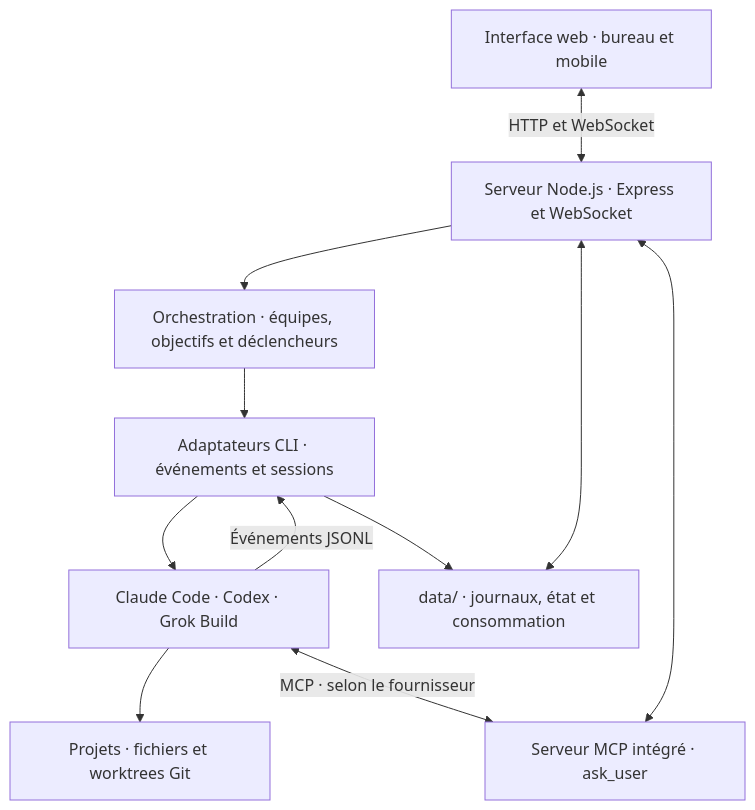
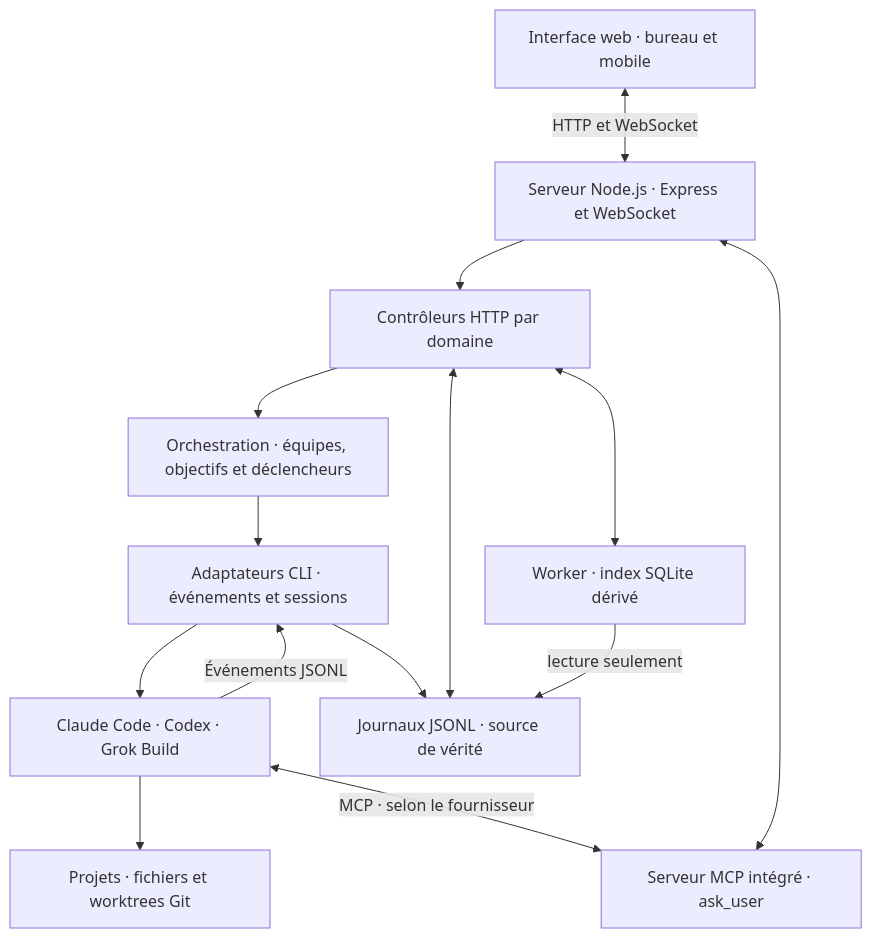
One commit to Purvanas/agenthub changed the diagram in README.md. Above: the diagram before and after it, drawn with Mermaid. The commit also changed other lines of this file and 120 other files, not shown here.

````diff
--- a/README.md
+++ b/README.md
@@ -123,22 +133,27 @@
 ```mermaid
 flowchart TB
     UI[Interface web · bureau et mobile]
     SERVER[Serveur Node.js · Express et WebSocket]
+    HTTP[Contrôleurs HTTP par domaine]
     ORCH[Orchestration · équipes, objectifs et déclencheurs]
     RUNNER[Adaptateurs CLI · événements et sessions]
     CLIS[Claude Code · Codex · Grok Build]
-    DATA["data/ · journaux, état et consommation"]
+    DATA["Journaux JSONL · source de vérité"]
+    INDEX["Worker · index SQLite dérivé"]
     PROJECT[Projets · fichiers et worktrees Git]
     MCP[Serveur MCP intégré · ask_user]
 
     UI <-->|HTTP et WebSocket| SERVER
-    SERVER --> ORCH
+    SERVER --> HTTP
+    HTTP --> ORCH
     ORCH --> RUNNER
     RUNNER --> CLIS
     CLIS -->|Événements JSONL| RUNNER
     RUNNER --> DATA
-    SERVER <--> DATA
+    HTTP <--> DATA
+    HTTP <--> INDEX
+    INDEX -->|lecture seulement| DATA
     CLIS --> PROJECT
     CLIS <-->|MCP · selon le fournisseur| MCP
     MCP <--> SERVER
 ```
````
